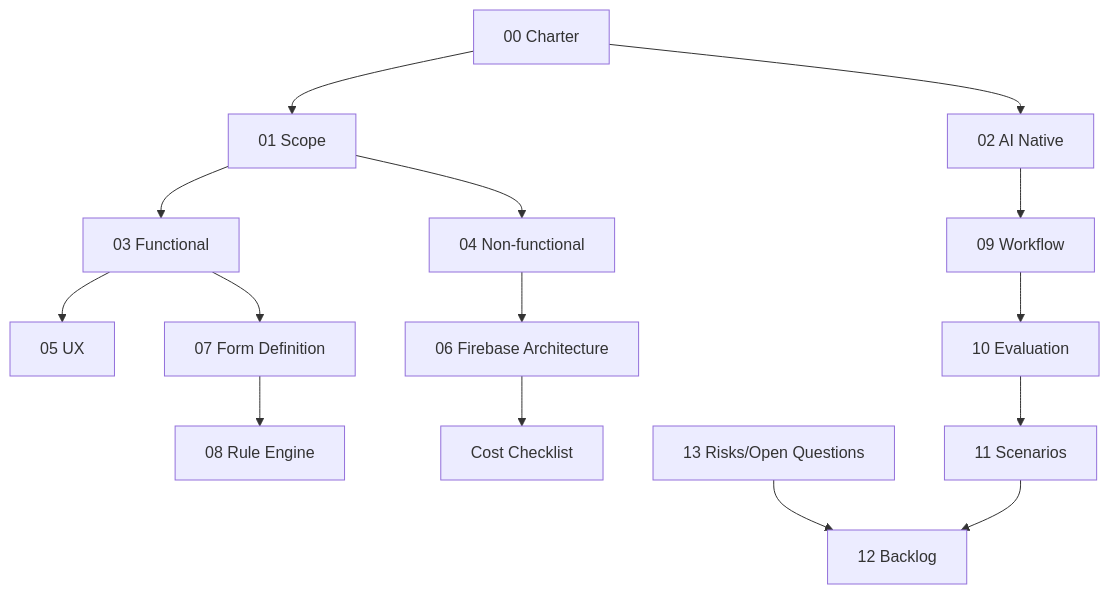
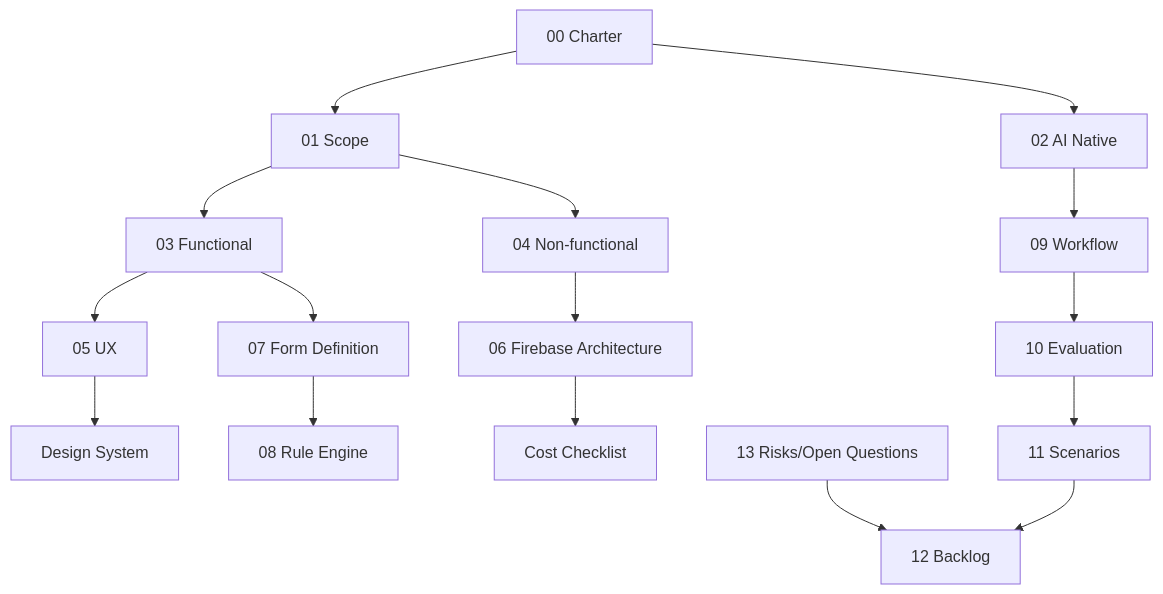
One commit to tatsumasanakamura-max/Platform changed the diagram in docs/README.md. Above: the diagram before and after it, drawn with Mermaid. The commit also changed other lines of this file and 73 other files, not shown here.

````diff
--- a/docs/README.md
+++ b/docs/README.md
@@ -20,17 +20,18 @@
 ```mermaid
 flowchart TD
   C[00 Charter] --> S[01 Scope]
   C --> A[02 AI Native]
   S --> F[03 Functional]
   S --> N[04 Non-functional]
   F --> U[05 UX]
+  U --> D[Design System]
   F --> R[07 Form Definition]
   R --> E[08 Rule Engine]
   N --> H[06 Firebase Architecture]
   A --> W[09 Workflow]
   W --> V[10 Evaluation]
   V --> X[11 Scenarios]
   X --> B[12 Backlog]
   Q[13 Risks/Open Questions] --> B
   H --> K[Cost Checklist]
 ```
````
